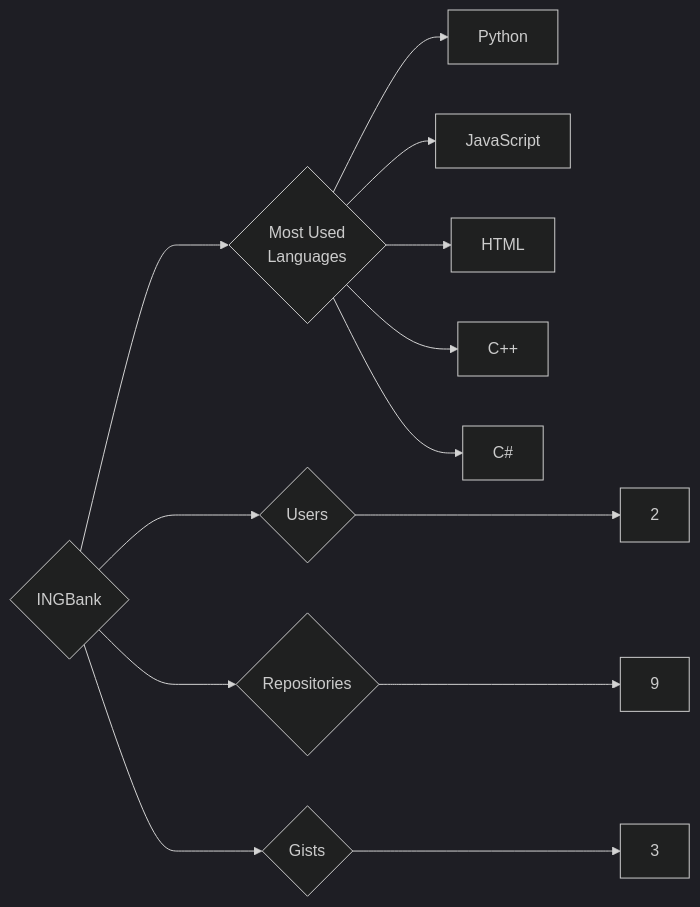
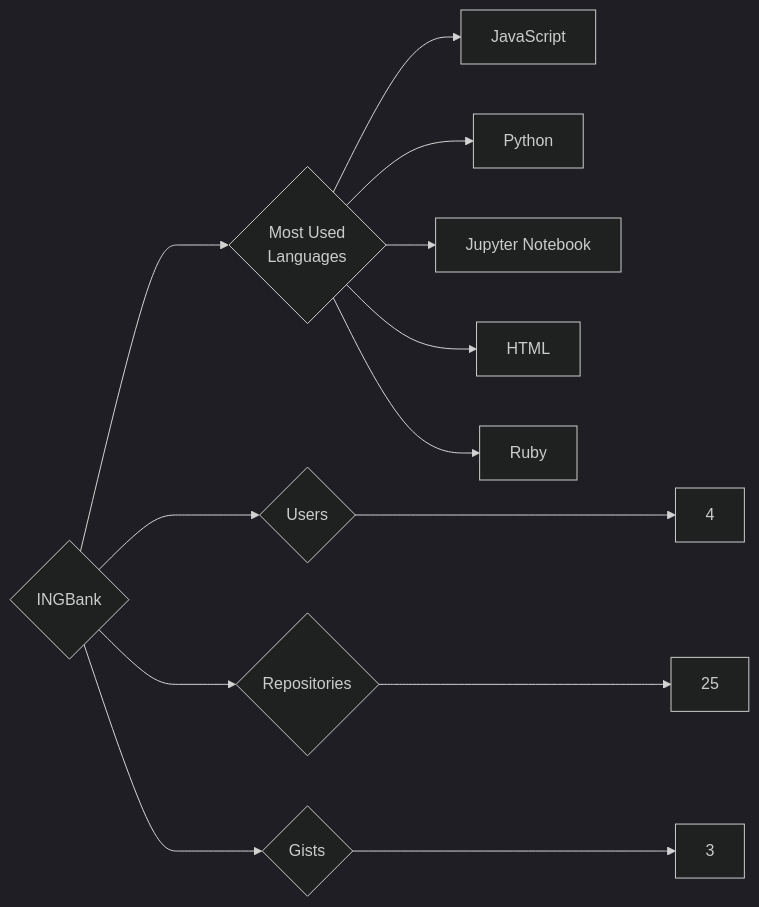
One commit to trickest/insiders changed the diagram in targets/INGBank/README.md. Above: the diagram before and after it, drawn with Mermaid (dark theme). The commit also changed 1123 other files, not shown here.

````diff
--- a/targets/INGBank/README.md
+++ b/targets/INGBank/README.md
@@ -3,13 +3,13 @@
 ```mermaid
 graph LR
 COMPANY_NAME{INGBank}
-COMPANY_NAME ---> U{Users} ---> UN[2]
-COMPANY_NAME ---> R{Repositories} ---> RN[9]
+COMPANY_NAME ---> U{Users} ---> UN[4]
+COMPANY_NAME ---> R{Repositories} ---> RN[25]
 COMPANY_NAME ---> G{Gists} ---> GN[3]
 COMPANY_NAME ---> ML{Most Used<br>Languages}
+ML --> JavaScript[JavaScript]
 ML --> Python[Python]
-ML --> JavaScript[JavaScript]
+ML --> Jupyter_Notebook[Jupyter Notebook]
 ML --> HTML[HTML]
-ML --> C++[C++]
-ML --> C#[C#]
+ML --> Ruby[Ruby]
 ```
````
